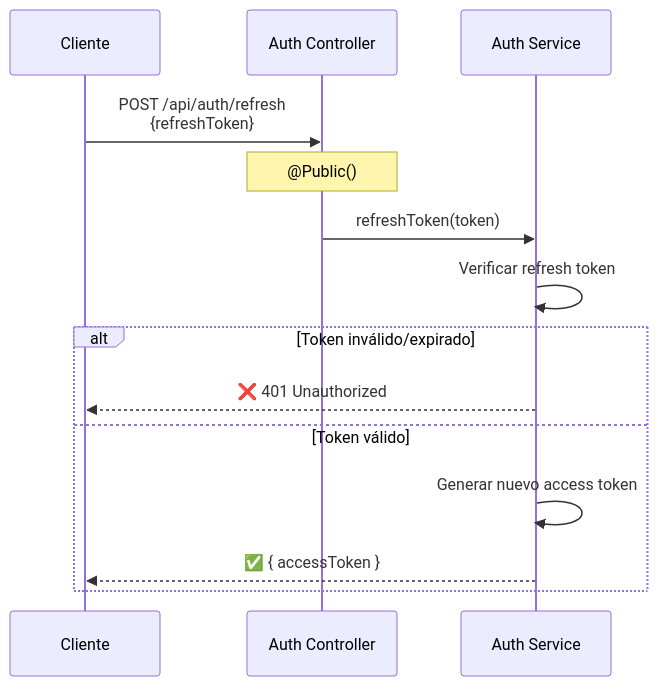
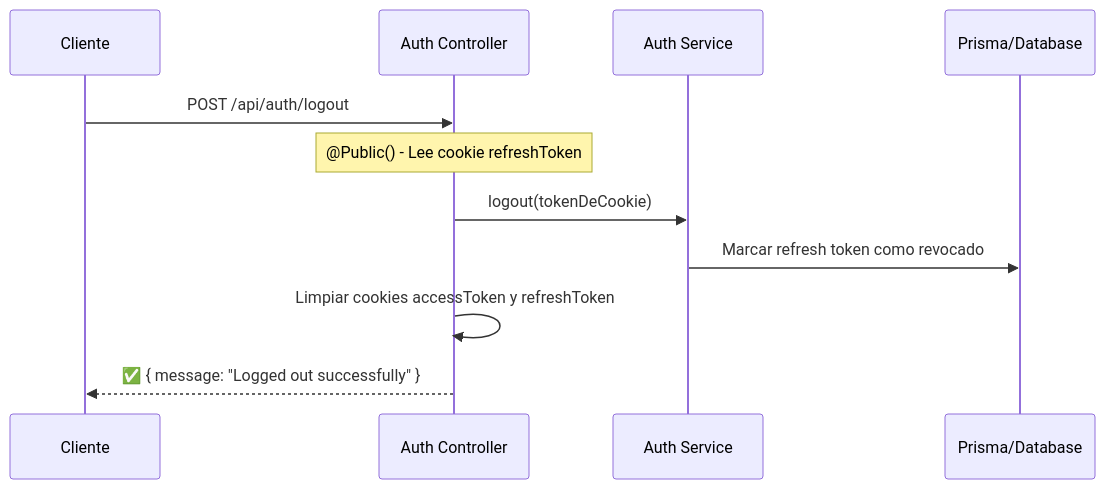
One commit to davitpra/backend-claw-and-soul- changed the fifth of 14 diagrams in FLUJOS.md. Above: the diagram before and after it, drawn with Mermaid. The commit also changed other lines of this file and 3 other files, not shown here.

Commit message:
feat(auth): update JWT strategy, guards, filters and flow documentation

````diff
--- a/FLUJOS.md
+++ b/FLUJOS.md
@@ -133,17 +173,14 @@
 ```mermaid
 sequenceDiagram
     participant C as Cliente
     participant API as Auth Controller
     participant S as Auth Service
+    participant DB as Prisma/Database
 
-    C->>API: POST /api/auth/refresh<br/>{refreshToken}
-    Note over API: @Public()
-    API->>S: refreshToken(token)
-    S->>S: Verificar refresh token
-    alt Token inválido/expirado
-        S-->>C: ❌ 401 Unauthorized
-    else Token válido
-        S->>S: Generar nuevo access token
-        S-->>C: ✅ { accessToken }
-    end
+    C->>API: POST /api/auth/logout
+    Note over API: @Public() - Lee cookie refreshToken
+    API->>S: logout(tokenDeCookie)
+    S->>DB: Marcar refresh token como revocado
+    API->>API: Limpiar cookies accessToken y refreshToken
+    API-->>C: ✅ { message: "Logged out successfully" }
 ```
````
